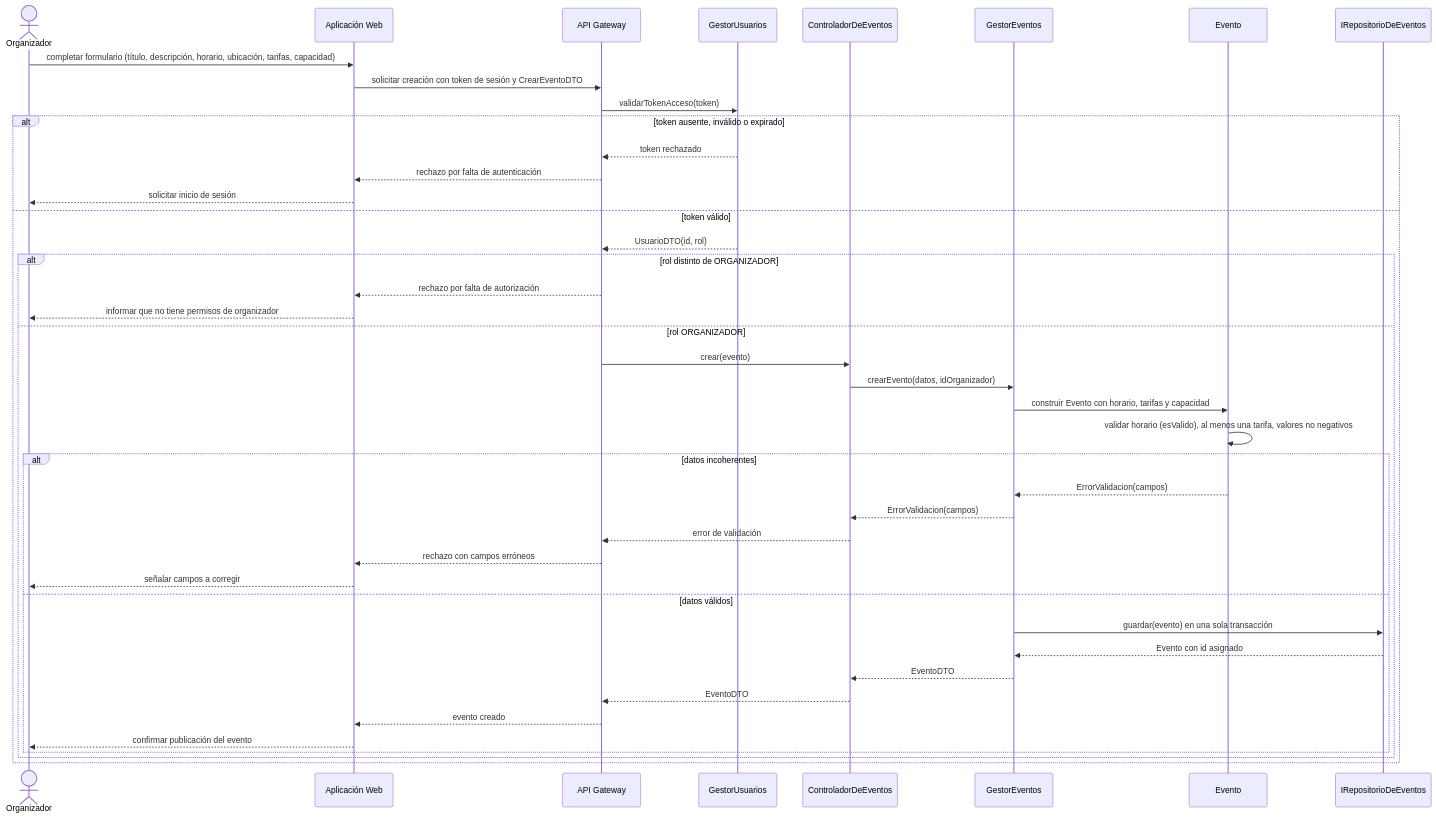
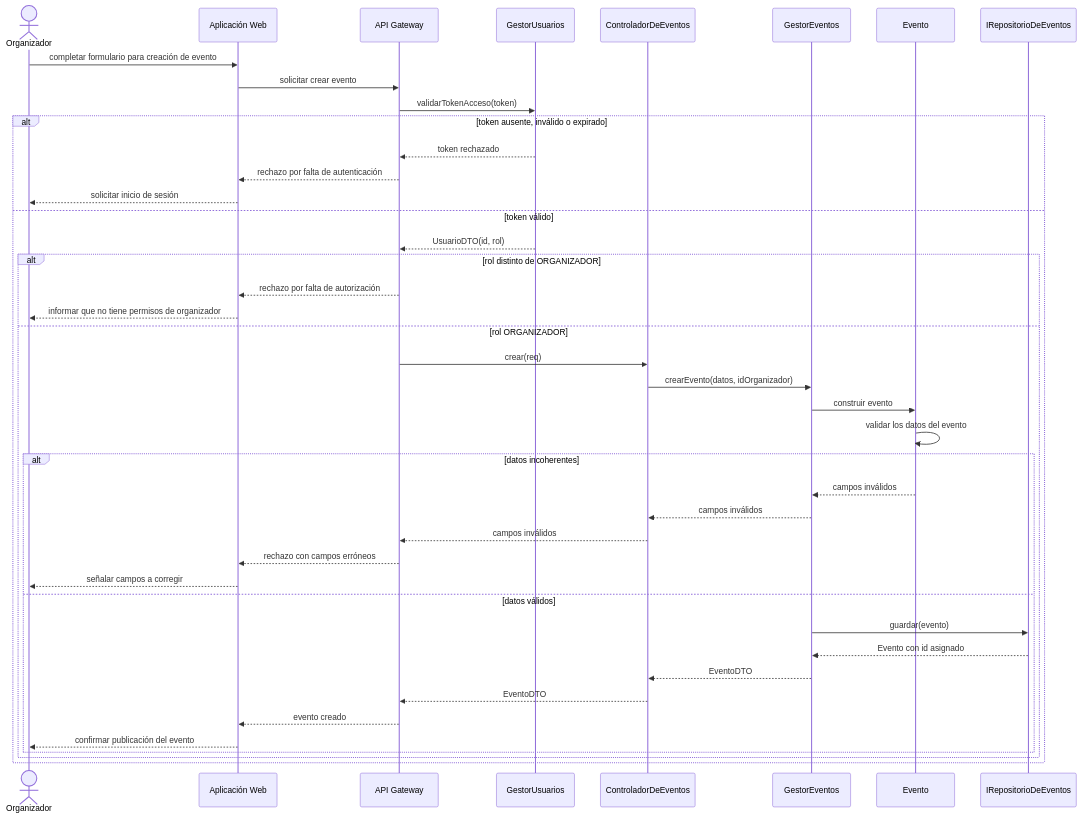
One commit to ProyectPlanning/Sistema_de_eventos changed the second of 3 diagrams in Docs/Design/02_Interaction_and_Data_Design - Version 1.md. Above: the diagram before and after it, drawn with Mermaid. The commit also changed other lines of this file, not shown here.

Commit message:
Refactor event creation flow and validation messages

````diff
--- a/Docs/Design/02_Interaction_and_Data_Design - Version 1.md
+++ b/Docs/Design/02_Interaction_and_Data_Design - Version 1.md
@@ -103,46 +103,46 @@
 ```mermaid
 sequenceDiagram
     actor O as Organizador
     participant WEB as Aplicación Web
     participant GW as API Gateway
     participant GU as GestorUsuarios
     participant CE as ControladorDeEventos
     participant GE as GestorEventos
     participant EV as Evento
     participant REP as IRepositorioDeEventos
 
-    O->>WEB: completar formulario (título, descripción, horario, ubicación, tarifas, capacidad)
-    WEB->>GW: solicitar creación con token de sesión y CrearEventoDTO
+    O->>WEB: completar formulario para creación de evento
+    WEB->>GW: solicitar crear evento
     GW->>GU: validarTokenAcceso(token)
 
     alt token ausente, inválido o expirado
         GU-->>GW: token rechazado
         GW-->>WEB: rechazo por falta de autenticación
         WEB-->>O: solicitar inicio de sesión
     else token válido
         GU-->>GW: UsuarioDTO(id, rol)
         alt rol distinto de ORGANIZADOR
             GW-->>WEB: rechazo por falta de autorización
             WEB-->>O: informar que no tiene permisos de organizador
         else rol ORGANIZADOR
-            GW->>CE: crear(evento)
+            GW->>CE: crear(req)
             CE->>GE: crearEvento(datos, idOrganizador)
-            GE->>EV: construir Evento con horario, tarifas y capacidad
-            EV->>EV: validar horario (esValido), al menos una tarifa, valores no negativos
+            GE->>EV: construir evento
+            EV->>EV: validar los datos del evento
             alt datos incoherentes
-                EV-->>GE: ErrorValidacion(campos)
-                GE-->>CE: ErrorValidacion(campos)
-                CE-->>GW: error de validación
+                EV-->>GE: campos inválidos
+                GE-->>CE: campos inválidos
+                CE-->>GW: campos inválidos
                 GW-->>WEB: rechazo con campos erróneos
                 WEB-->>O: señalar campos a corregir
             else datos válidos
-                GE->>REP: guardar(evento) en una sola transacción
+                GE->>REP: guardar(evento)
                 REP-->>GE: Evento con id asignado
                 GE-->>CE: EventoDTO
                 CE-->>GW: EventoDTO
                 GW-->>WEB: evento creado
                 WEB-->>O: confirmar publicación del evento
             end
         end
     end
 ```
````
